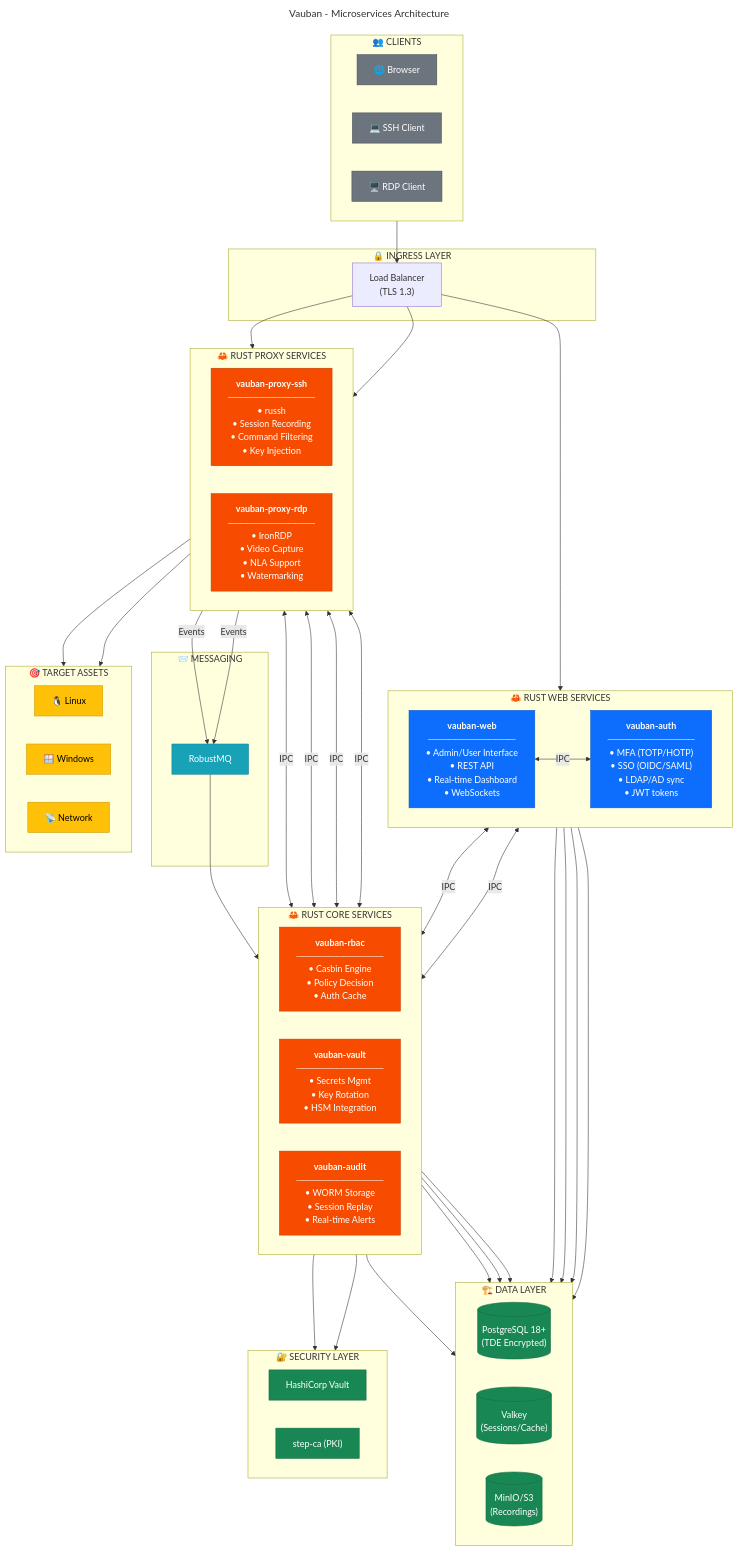
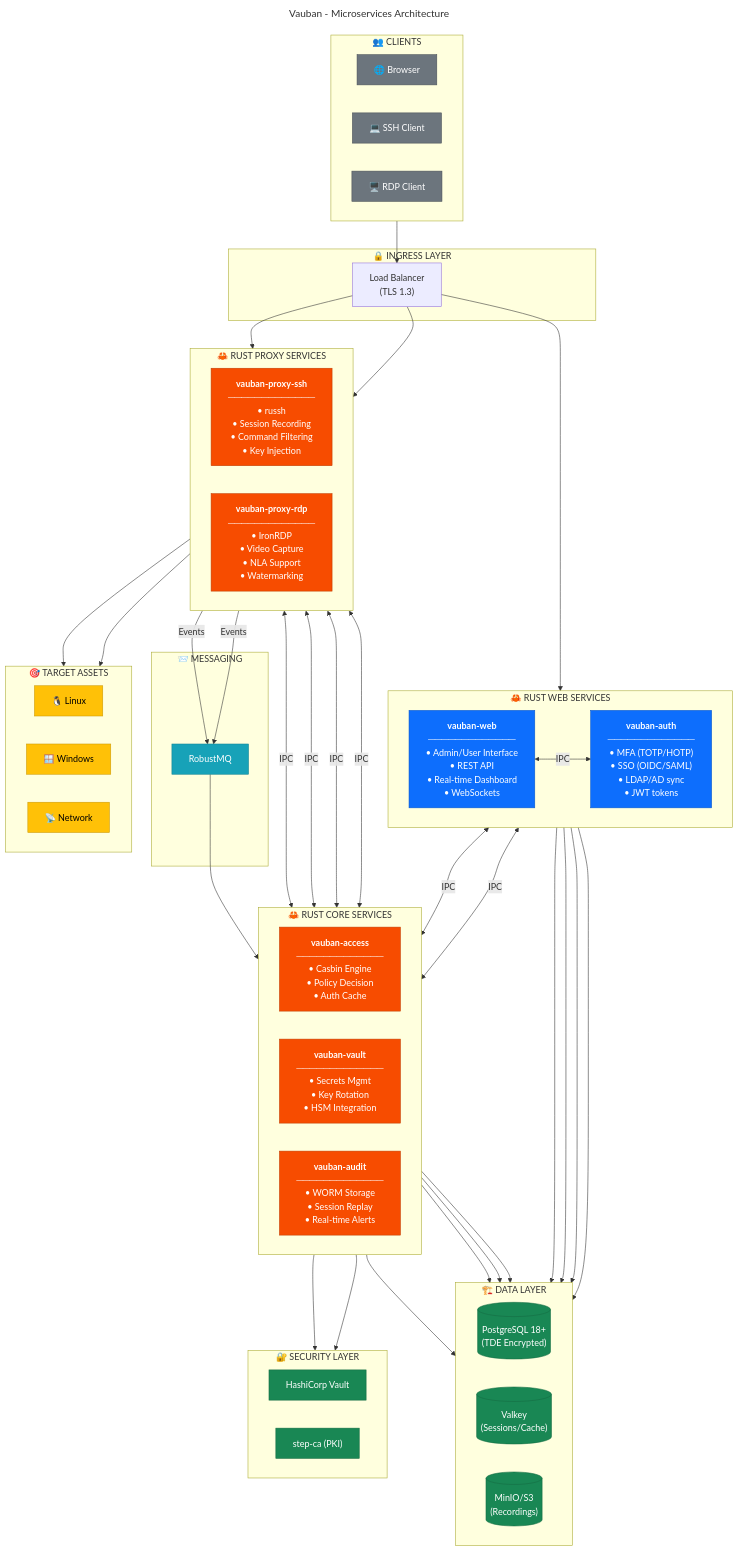
The diagram in docs/technical/Vauban_Architecture_Diagram.mermaid (rbenaley/Vauban), drawn with Mermaid before and after one commit. The commit also changed 140 other files, not shown here.

First line of the commit message:
feat!: vauban 0.4.0 - instance-level access control with service isolation

```diff
--- a/docs/technical/Vauban_Architecture_Diagram.mermaid
+++ b/docs/technical/Vauban_Architecture_Diagram.mermaid
@@ -1,114 +1,114 @@
 ---
 title: Vauban - Microservices Architecture
 ---
 flowchart TD
     subgraph Clients["👥 CLIENTS"]
         Browser["🌐 Browser"]
         SSHClient["💻 SSH Client"]
         RDPClient["🖥️ RDP Client"]
     end
 
     subgraph Ingress["🔒 INGRESS LAYER"]
         LB["Load Balancer<br/>(TLS 1.3)"]
     end
 
     subgraph WebLayer["🦀 RUST WEB SERVICES"]
         direction LR
         Web["<b>vauban-web</b><br/>─────────────<br/>• Admin/User Interface<br/>• REST API<br/>• Real-time Dashboard<br/>• WebSockets"]
         Auth["<b>vauban-auth</b><br/>─────────────<br/>• MFA (TOTP/HOTP)<br/>• SSO (OIDC/SAML)<br/>• LDAP/AD sync<br/>• JWT tokens"]
     end
 
     subgraph CoreServices["🦀 RUST CORE SERVICES"]
         direction LR
-        RBAC["<b>vauban-rbac</b><br/>─────────────<br/>• Casbin Engine<br/>• Policy Decision<br/>• Auth Cache"]
+        Access["<b>vauban-access</b><br/>─────────────<br/>• Casbin Engine<br/>• Policy Decision<br/>• Auth Cache"]
         Vault["<b>vauban-vault</b><br/>─────────────<br/>• Secrets Mgmt<br/>• Key Rotation<br/>• HSM Integration"]
         Audit["<b>vauban-audit</b><br/>─────────────<br/>• WORM Storage<br/>• Session Replay<br/>• Real-time Alerts"]
     end
 
     subgraph ProxyServices["🦀 RUST PROXY SERVICES"]
         direction LR
         ProxySSH["<b>vauban-proxy-ssh</b><br/>─────────────<br/>• russh<br/>• Session Recording<br/>• Command Filtering<br/>• Key Injection"]
         ProxyRDP["<b>vauban-proxy-rdp</b><br/>─────────────<br/>• IronRDP<br/>• Video Capture<br/>• NLA Support<br/>• Watermarking"]
     end
 
     subgraph Messaging["📨 MESSAGING"]
         RobustMQ["RobustMQ"]
     end
 
     subgraph DataLayer["🏗️ DATA LAYER"]
         direction LR
         PG[("PostgreSQL 18+<br/>(TDE Encrypted)")]
         Valkey[("Valkey<br/>(Sessions/Cache)")]
         S3[("MinIO/S3<br/>(Recordings)")]
     end
 
     subgraph SecurityLayer["🔐 SECURITY LAYER"]
         direction LR
         HVault["HashiCorp Vault"]
         StepCA["step-ca (PKI)"]
     end
 
     subgraph Targets["🎯 TARGET ASSETS"]
         direction LR
         LinuxServers["🐧 Linux"]
         WindowsServers["🪟 Windows"]
         NetworkDevices["📡 Network"]
     end
 
     %% Client connections
     Clients --> LB
 
     %% Load Balancer routing
     LB --> Web
     LB --> ProxySSH
     LB --> ProxyRDP
 
     %% Web layer connections (IPC via Unix pipes)
     Web <-->|"IPC"| Auth
-    Web <-->|"IPC"| RBAC
+    Web <-->|"IPC"| Access
     Web --> PG
     Web --> Valkey
 
     %% Auth connections
-    Auth <-->|"IPC"| RBAC
+    Auth <-->|"IPC"| Access
     Auth --> PG
     Auth --> Valkey
 
     %% Proxy connections (IPC via Unix pipes)
-    ProxySSH <-->|"IPC"| RBAC
+    ProxySSH <-->|"IPC"| Access
     ProxySSH <-->|"IPC"| Vault
     ProxySSH -->|"Events"| RobustMQ
     ProxySSH --> Targets
 
-    ProxyRDP <-->|"IPC"| RBAC
+    ProxyRDP <-->|"IPC"| Access
     ProxyRDP <-->|"IPC"| Vault
     ProxyRDP -->|"Events"| RobustMQ
     ProxyRDP --> WindowsServers
 
     %% Vault connections
     Vault --> HVault
     Vault --> StepCA
 
     %% Audit connections
     RobustMQ --> Audit
     Audit --> S3
     Audit --> PG
 
-    %% RBAC data
-    RBAC --> PG
-    RBAC --> Valkey
+    %% Access data
+    Access --> PG
+    Access --> Valkey
 
     %% Styling
     classDef rustWeb fill:#0d6efd,stroke:#0a58ca,color:#fff
     classDef rust fill:#f74c00,stroke:#c23d00,color:#fff
     classDef infra fill:#198754,stroke:#146c43,color:#fff
     classDef client fill:#6c757d,stroke:#495057,color:#fff
     classDef target fill:#ffc107,stroke:#cc9a06,color:#000
     classDef messaging fill:#17a2b8,stroke:#138496,color:#fff
 
     class Web,Auth rustWeb
-    class RBAC,ProxySSH,ProxyRDP,Vault,Audit rust
+    class Access,ProxySSH,ProxyRDP,Vault,Audit rust
     class PG,Valkey,S3,HVault,StepCA infra
     class Browser,SSHClient,RDPClient client
     class LinuxServers,WindowsServers,NetworkDevices target
     class RobustMQ messaging
```
